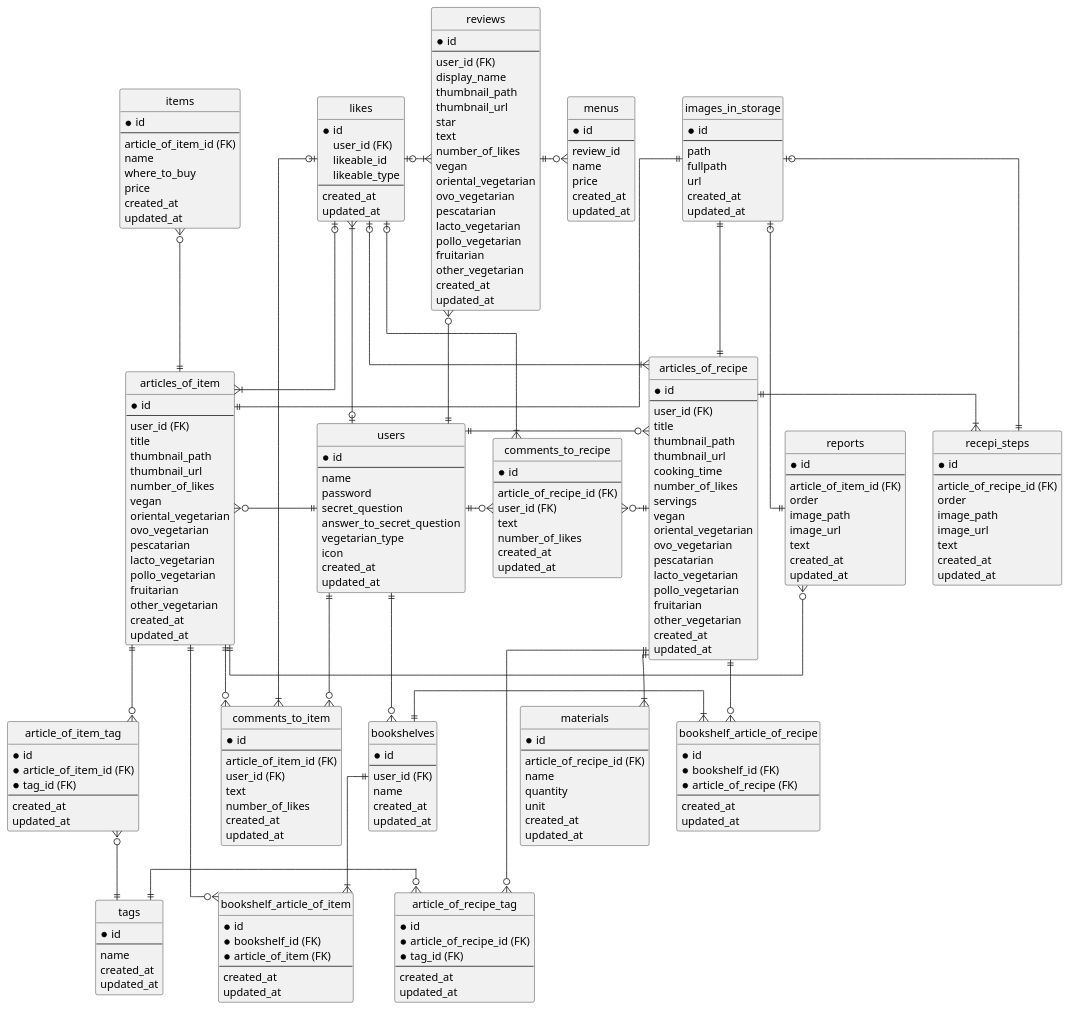
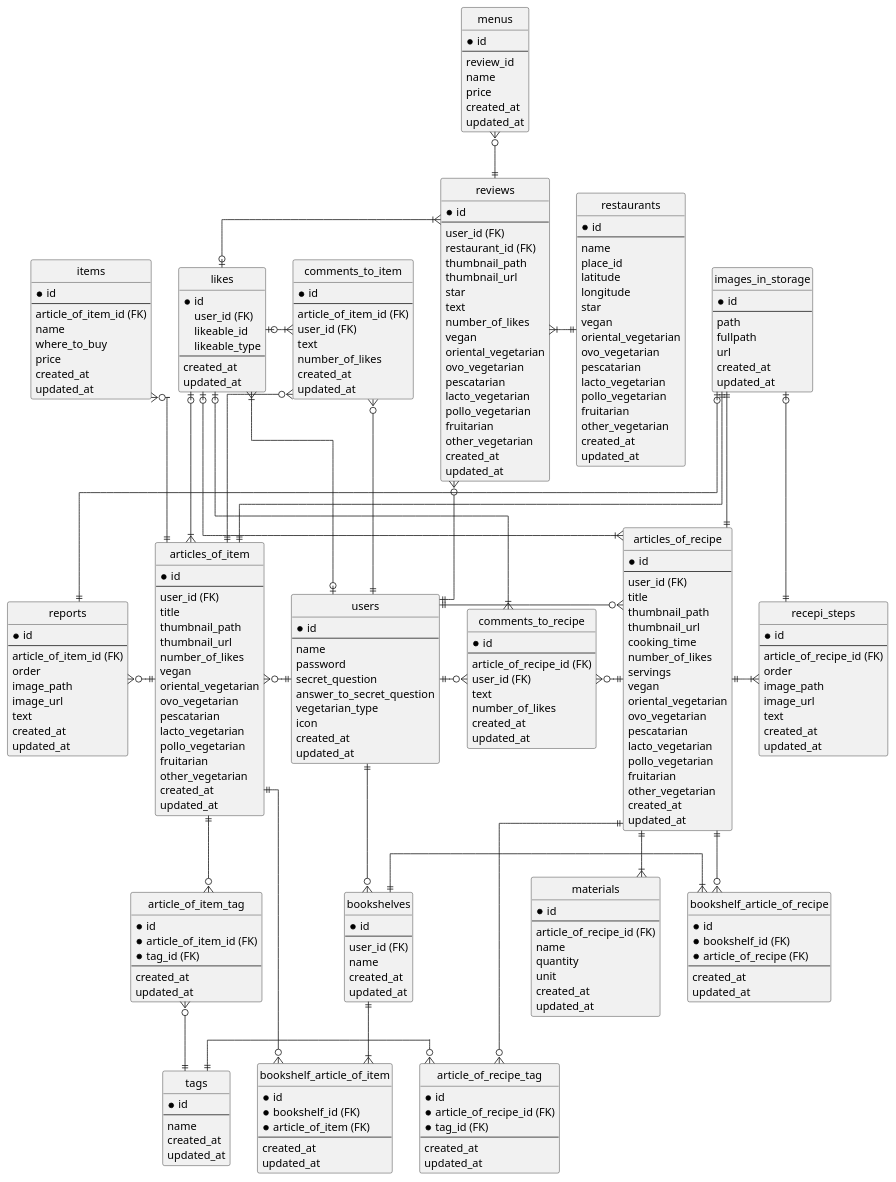
One commit to SayuriOkuyama/Original changed the diagram in documents/er.pu. Above: the diagram before and after it, drawn with PlantUML. The commit also changed 1 other file, not shown here.

```diff
--- a/documents/er.pu
+++ b/documents/er.pu
@@ -165,11 +165,31 @@
   updated_at
 }
 
+entity "restaurants" as restaurants {
+  *id
+  --
+  name
+  place_id
+  latitude
+  longitude
+  star
+  vegan
+  oriental_vegetarian
+  ovo_vegetarian
+  pescatarian
+  lacto_vegetarian
+  pollo_vegetarian
+  fruitarian
+  other_vegetarian
+  created_at
+  updated_at
+}
+
 entity "reviews" as reviews {
   *id
   --
   user_id (FK)
-  display_name
+  restaurant_id (FK)
   thumbnail_path
   thumbnail_url
   star
@@ -254,17 +274,18 @@
 users ||-l-o{articles_of_item
 articles_of_item ||--o{ article_of_item_tag
 tags ||-u-o{ article_of_item_tag
-articles_of_item ||--o{ comments_to_item
+articles_of_item ||-u-o{ comments_to_item
 articles_of_item ||-u-o{ items
 articles_of_item ||-l-o{ reports
-users ||--o{ comments_to_item
+users ||-l-o{ comments_to_item
 users ||-d-o{bookshelves
 bookshelves ||-r-|{bookshelf_article_of_recipe
 articles_of_recipe ||--o{bookshelf_article_of_recipe
 bookshelves ||--|{bookshelf_article_of_item
 articles_of_item ||--o{bookshelf_article_of_item
 users ||-u-o{reviews
-menus }o-l-|| reviews
+menus }o--|| reviews
+restaurants ||-l-|{ reviews
 users |o-l-|{ likes
 likes |o-r-|{ articles_of_recipe
 likes |o-r-|{ articles_of_item
```
